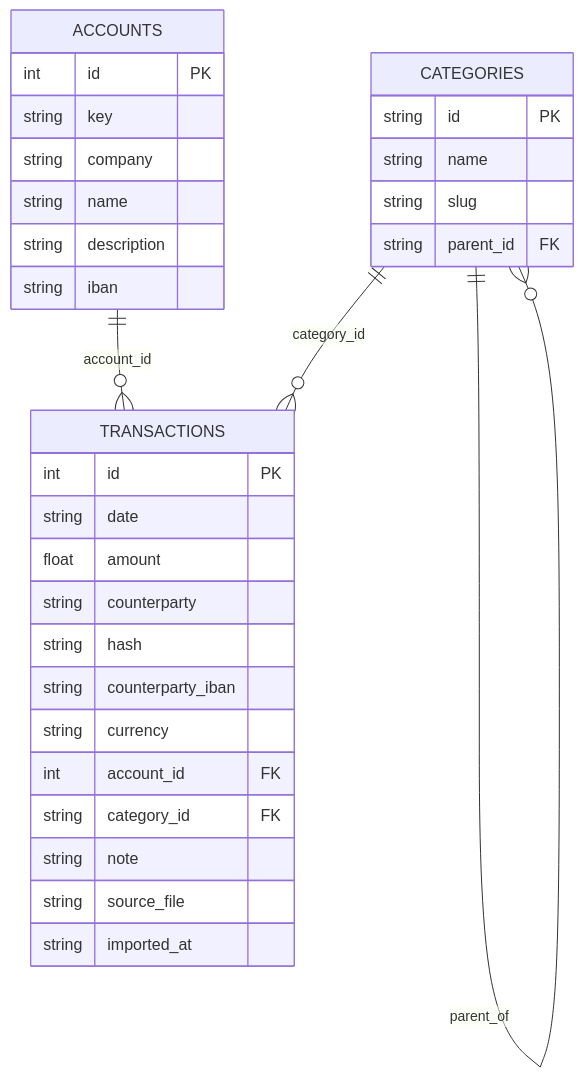
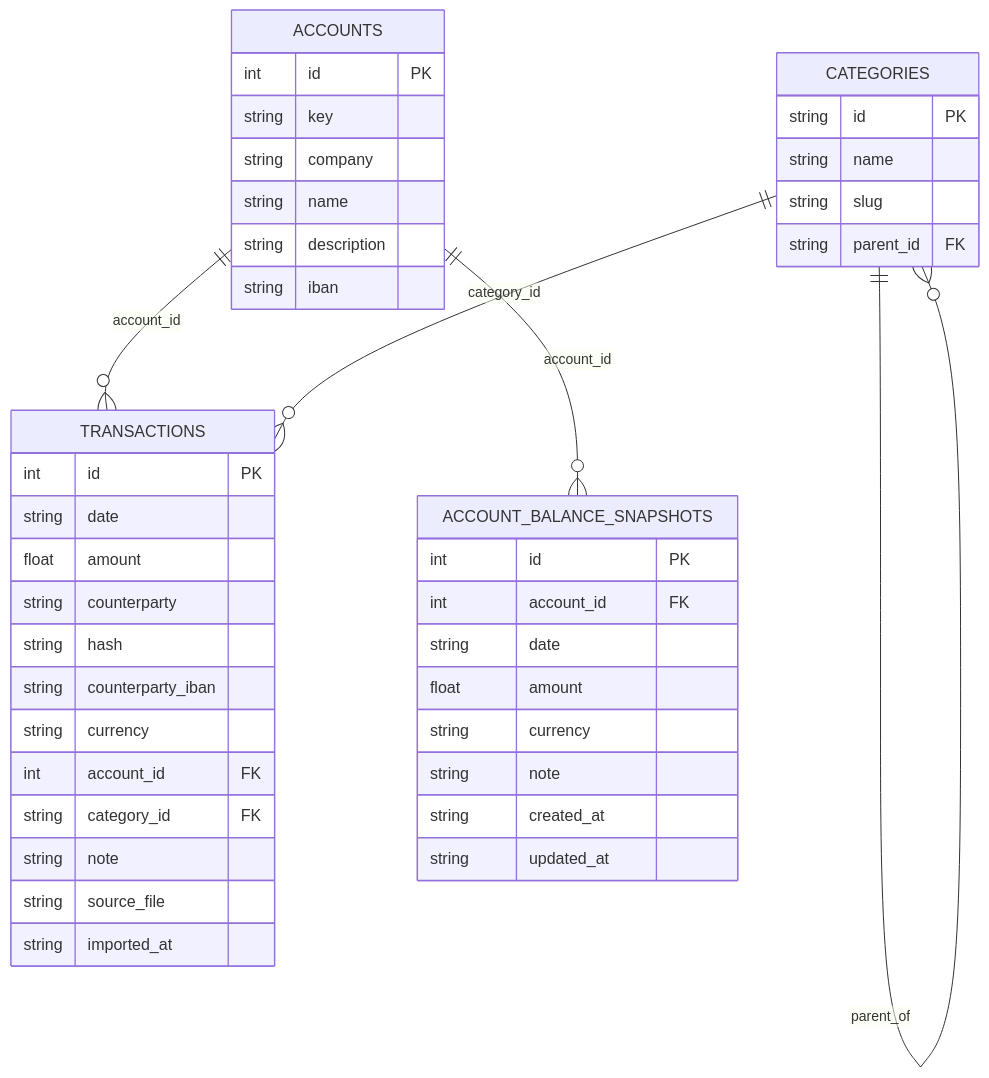
The diagram in src/db/README.md (lfarci/flouz), drawn with Mermaid before and after one commit. The commit also changed 28 other files, not shown here.

Commit message:
feat: add account balance tracking

````diff
--- a/src/db/README.md
+++ b/src/db/README.md
@@ -7,37 +7,49 @@
 ```mermaid
 erDiagram
     ACCOUNTS {
         int id PK
         string key
         string company
         string name
         string description
         string iban
     }
 
     CATEGORIES {
         string id PK
         string name
         string slug
         string parent_id FK
     }
 
     TRANSACTIONS {
         int id PK
         string date
         float amount
         string counterparty
         string hash
         string counterparty_iban
         string currency
         int account_id FK
         string category_id FK
         string note
         string source_file
         string imported_at
     }
 
+    ACCOUNT_BALANCE_SNAPSHOTS {
+        int id PK
+        int account_id FK
+        string date
+        float amount
+        string currency
+        string note
+        string created_at
+        string updated_at
+    }
+
     ACCOUNTS ||--o{ TRANSACTIONS : account_id
+    ACCOUNTS ||--o{ ACCOUNT_BALANCE_SNAPSHOTS : account_id
     CATEGORIES ||--o{ CATEGORIES : parent_of
     CATEGORIES ||--o{ TRANSACTIONS : category_id
 ```
````
